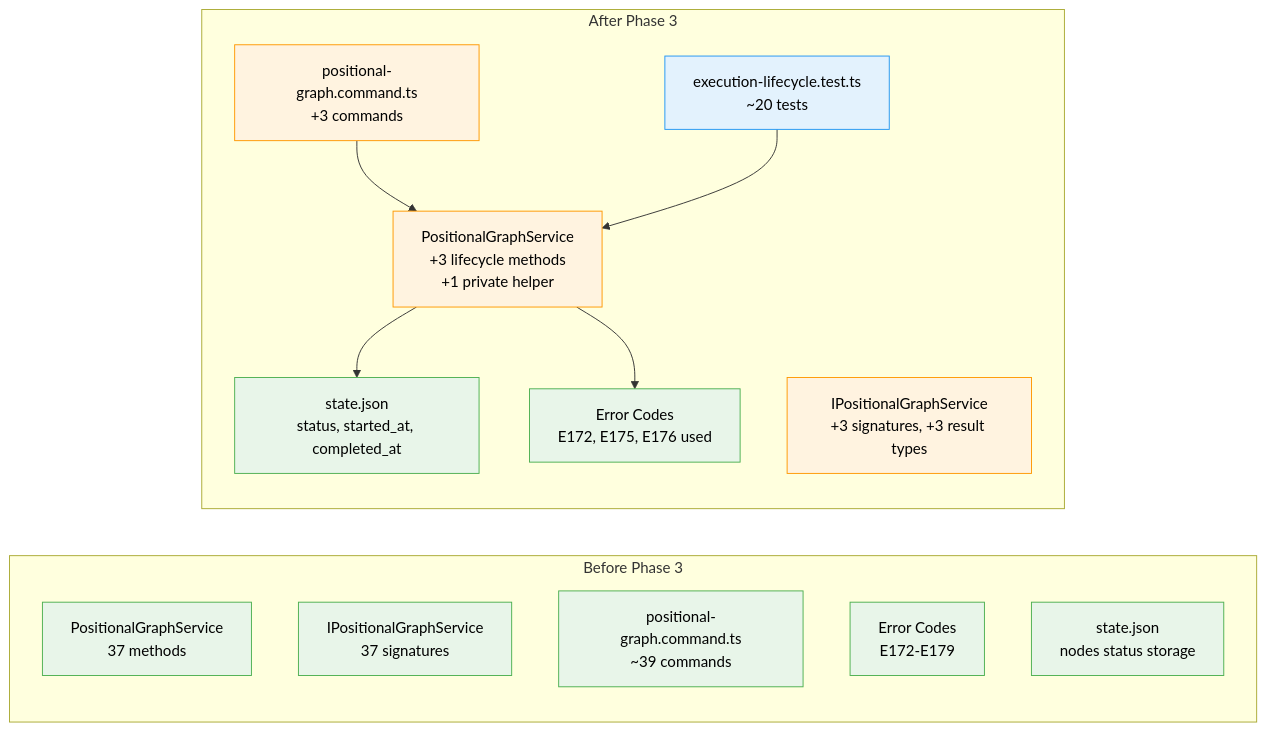
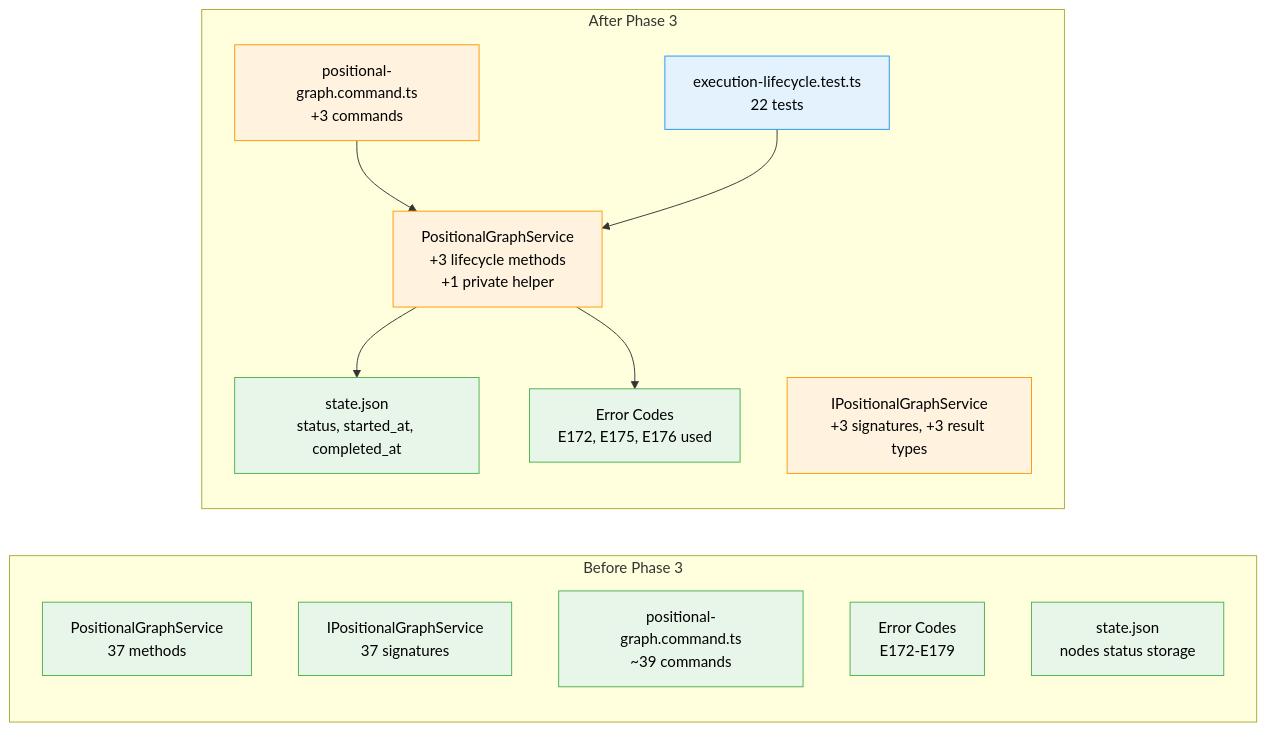
Before and after one commit to AI-Substrate/chainglass: the second of 2 diagrams in docs/plans/028-pos-agentic-cli/tasks/phase-3-node-lifecycle/tasks.fltplan.md, drawn with Mermaid. The commit also changed other lines of this file and 10 other files, not shown here.

First line of the commit message:
feat(positional-graph): Phase 3 node lifecycle - start, can-end, end commands

````diff
--- a/docs/plans/028-pos-agentic-cli/tasks/phase-3-node-lifecycle/tasks.fltplan.md
+++ b/docs/plans/028-pos-agentic-cli/tasks/phase-3-node-lifecycle/tasks.fltplan.md
@@ -109,28 +109,28 @@
 ```mermaid
 flowchart LR
     classDef existing fill:#E8F5E9,stroke:#4CAF50,color:#000
     classDef changed fill:#FFF3E0,stroke:#FF9800,color:#000
     classDef new fill:#E3F2FD,stroke:#2196F3,color:#000
 
     subgraph Before["Before Phase 3"]
         PS1[PositionalGraphService<br/>37 methods]:::existing
         INT1[IPositionalGraphService<br/>37 signatures]:::existing
         CLI1[positional-graph.command.ts<br/>~39 commands]:::existing
         ERR1[Error Codes<br/>E172-E179]:::existing
         STATE1[state.json<br/>nodes status storage]:::existing
     end
 
     subgraph After["After Phase 3"]
         PS2[PositionalGraphService<br/>+3 lifecycle methods<br/>+1 private helper]:::changed
         INT2[IPositionalGraphService<br/>+3 signatures, +3 result types]:::changed
         CLI2[positional-graph.command.ts<br/>+3 commands]:::changed
         ERR2[Error Codes<br/>E172, E175, E176 used]:::existing
         STATE2[state.json<br/>status, started_at, completed_at]:::existing
-        TST2[execution-lifecycle.test.ts<br/>~20 tests]:::new
+        TST2[execution-lifecycle.test.ts<br/>22 tests]:::new
 
         PS2 --> STATE2
         CLI2 --> PS2
         PS2 --> ERR2
         TST2 --> PS2
     end
 ```
````
